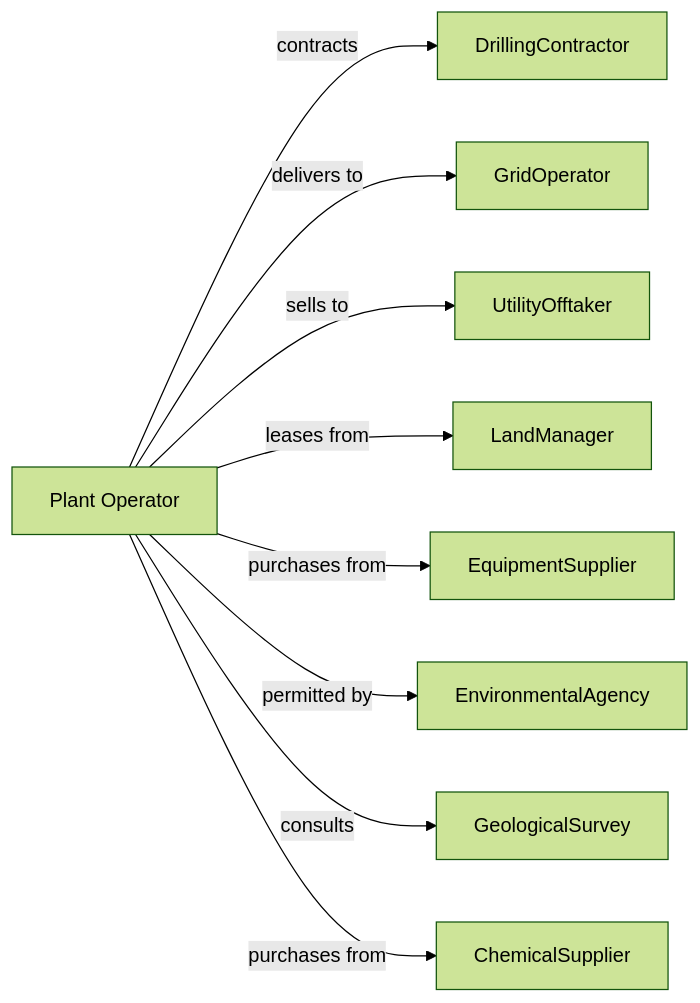
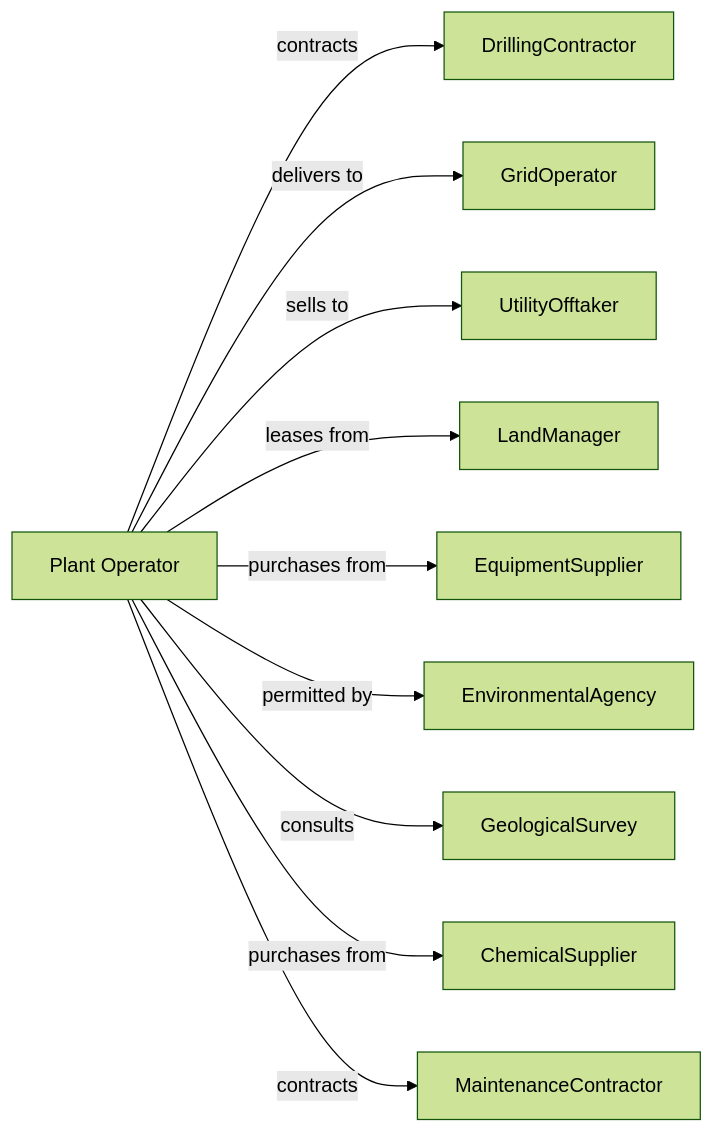
One commit to dot-org-ai/industries.org.ai changed the second of 2 diagrams in Utilities/Utilities/ElectricPowerGenerationTransmissionAndDistribution/GeothermalElectricPowerGeneration.mdx. Above: the diagram before and after it, drawn with Mermaid (forest theme). The commit also changed 588 other files, not shown here.

````diff
--- a/Utilities/Utilities/ElectricPowerGenerationTransmissionAndDistribution/GeothermalElectricPowerGeneration.mdx
+++ b/Utilities/Utilities/ElectricPowerGenerationTransmissionAndDistribution/GeothermalElectricPowerGeneration.mdx
@@ -135,13 +135,14 @@
 ```mermaid
 graph LR
     P[Plant Operator]
 
     P -->|contracts| DrillingContractor
     P -->|delivers to| GridOperator
     P -->|sells to| UtilityOfftaker
     P -->|leases from| LandManager
     P -->|purchases from| EquipmentSupplier
     P -->|permitted by| EnvironmentalAgency
     P -->|consults| GeologicalSurvey
     P -->|purchases from| ChemicalSupplier
+    P -->|contracts| MaintenanceContractor
 ```
````
